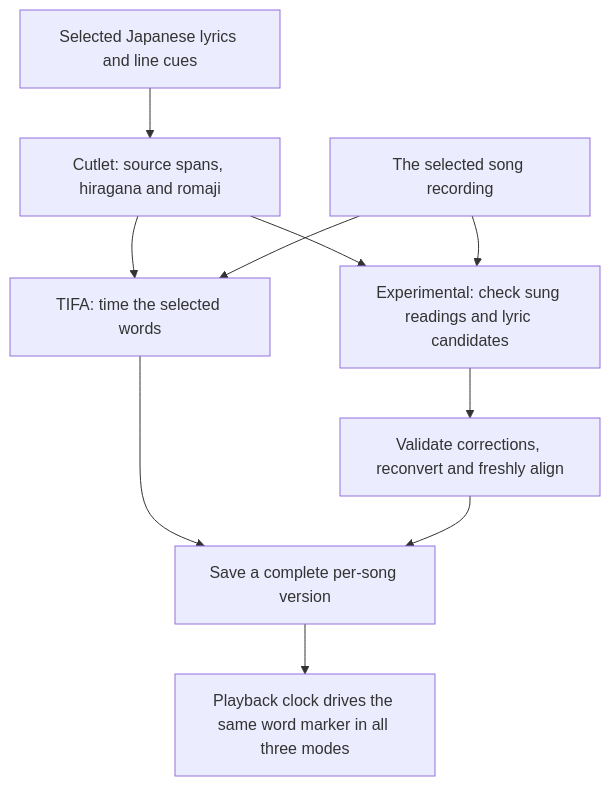
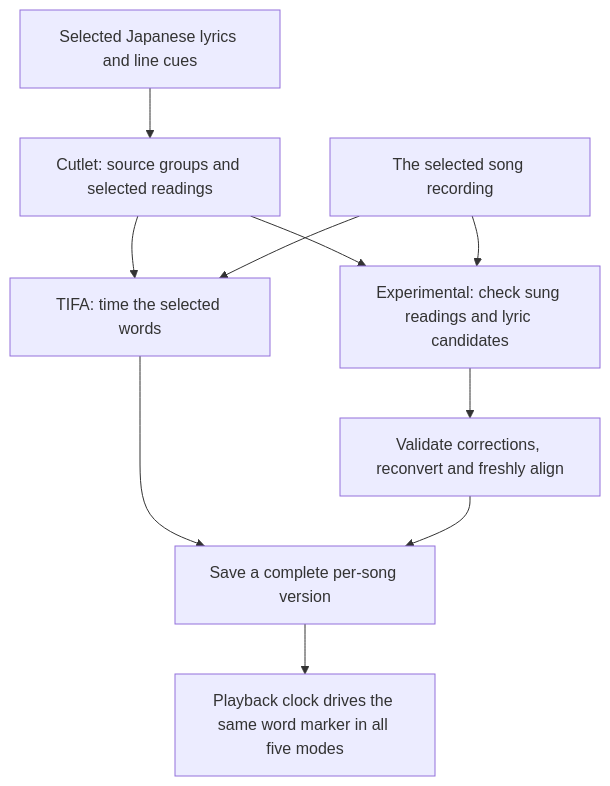
The diagram in docs/study.md (Anny0nn/romaji-player), drawn with Mermaid before and after one commit. The commit also changed other lines of this file and 4 other files, not shown here.

Commit message:
docs(lyrics): explain script modes and record partial acceptance

````diff
--- a/docs/study.md
+++ b/docs/study.md
@@ -24,12 +38,12 @@
 ```mermaid
 flowchart TD
-    source[Selected Japanese lyrics and line cues] --> reading[Cutlet: source spans, hiragana and romaji]
+    source[Selected Japanese lyrics and line cues] --> reading[Cutlet: source groups and selected readings]
     reading --> tifa[TIFA: time the selected words]
     reading --> experimental[Experimental: check sung readings and lyric candidates]
     audio[The selected song recording] --> tifa
     audio --> experimental
     experimental --> fresh[Validate corrections, reconvert and freshly align]
     tifa --> saved[Save a complete per-song version]
     fresh --> saved
-    saved --> display[Playback clock drives the same word marker in all three modes]
+    saved --> display[Playback clock drives the same word marker in all five modes]
 ```
````
